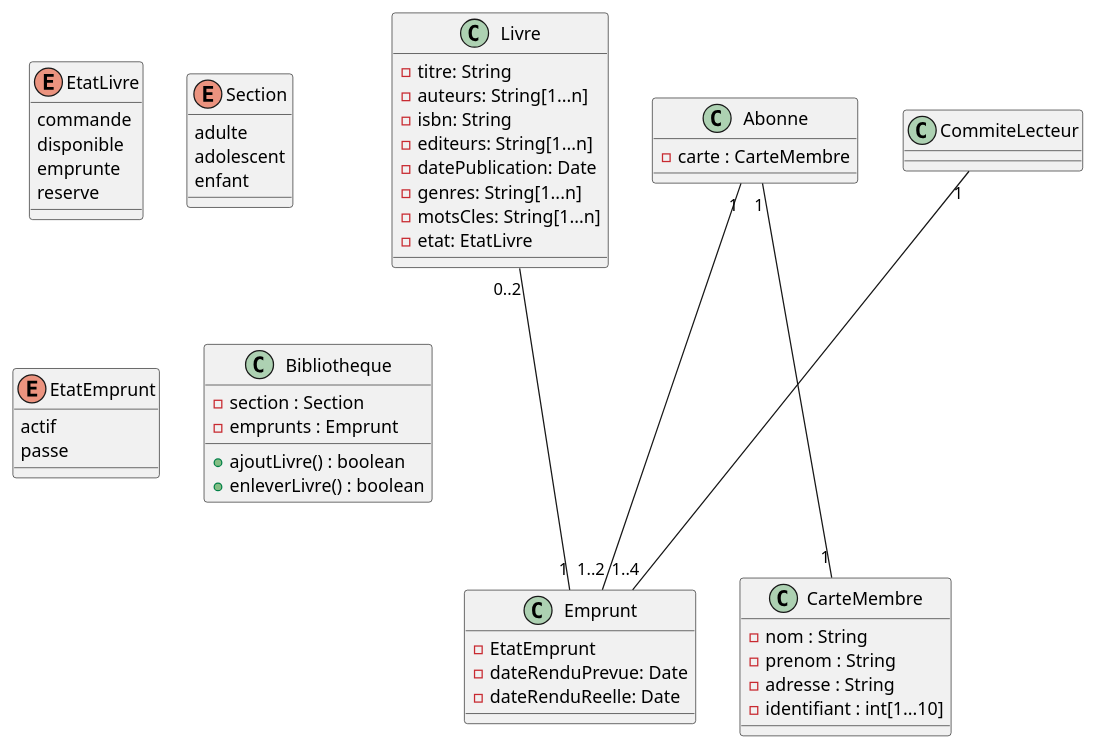
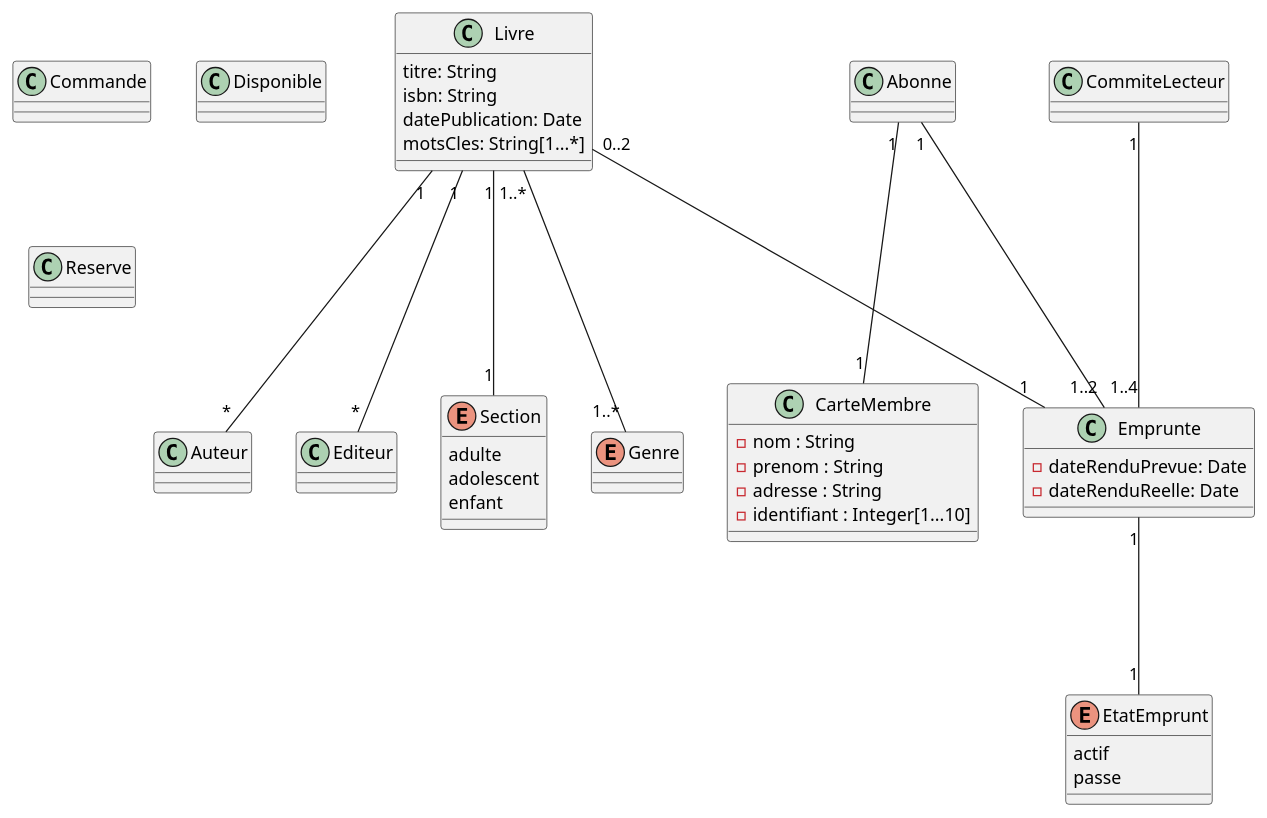
The diagram in exercices/modules/development/examples/classes.plantuml (sybarry/Analyse-Logiciel), drawn with PlantUML before and after one commit. The commit also changed 1 other file, not shown here.

```diff
--- a/exercices/modules/development/examples/classes.plantuml
+++ b/exercices/modules/development/examples/classes.plantuml
@@ -1,72 +1,78 @@
 @startuml
 class Livre {
-      - titre: String
-      - auteurs: String[1...n]
-      - isbn: String
-      - editeurs: String[1...n]
-      - datePublication: Date
-      - genres: String[1...n]
-      - motsCles: String[1...n]
-      - etat: EtatLivre
+       titre: String
+       isbn: String
+       datePublication: Date
+       motsCles: String[1...*]
 }
 
-enum EtatLivre {
-      commande
-      disponible
-      emprunte
-      reserve
+enum Genre {
+
+}
+
+class Auteur {
+
+}
+
+class Editeur {
+
+}
+
+Class Commande {
+
+}
+
+Class Disponible {
+
+}
+
+Class Reserve {
+
 }
 
 enum Section {
       adulte
       adolescent
       enfant
 }
 
 enum EtatEmprunt {
       actif
       passe
 }
 
-Class Emprunt {
-      - EtatEmprunt
+Class Emprunte {
       - dateRenduPrevue: Date
       - dateRenduReelle: Date
 }
 
 class CarteMembre {
    - nom : String
    - prenom : String
    - adresse : String
-   - identifiant : int[1...10]
+   - identifiant : Integer[1...10]
 }
 
 class Abonne {
-    - carte : CarteMembre
+
 }
 
 class CommiteLecteur {
 
 }
 
 
-class Bibliotheque {
-    - section : Section
-    - emprunts : Emprunt
+Livre "0..2" --- "1" Emprunte
+Livre "1" --- "*" Auteur
+Livre "1" --- "*" Editeur
+Livre "1" --- "1" Section
+Livre "1..*" --- "1..*" Genre
 
 
-    + ajoutLivre() : boolean
-    + enleverLivre() : boolean
-}
-
-
-Livre "0..2" --- "1" Emprunt
-
-Abonne "1" --- "1..2" Emprunt
-
+Emprunte "1" --- "1" EtatEmprunt
+CommiteLecteur "1" --- "1..4" Emprunte
+Abonne "1" --- "1..2" Emprunte
 Abonne "1" --- "1" CarteMembre
-
-CommiteLecteur "1" --- "1..4" Emprunt
 
 
 @enduml
```
